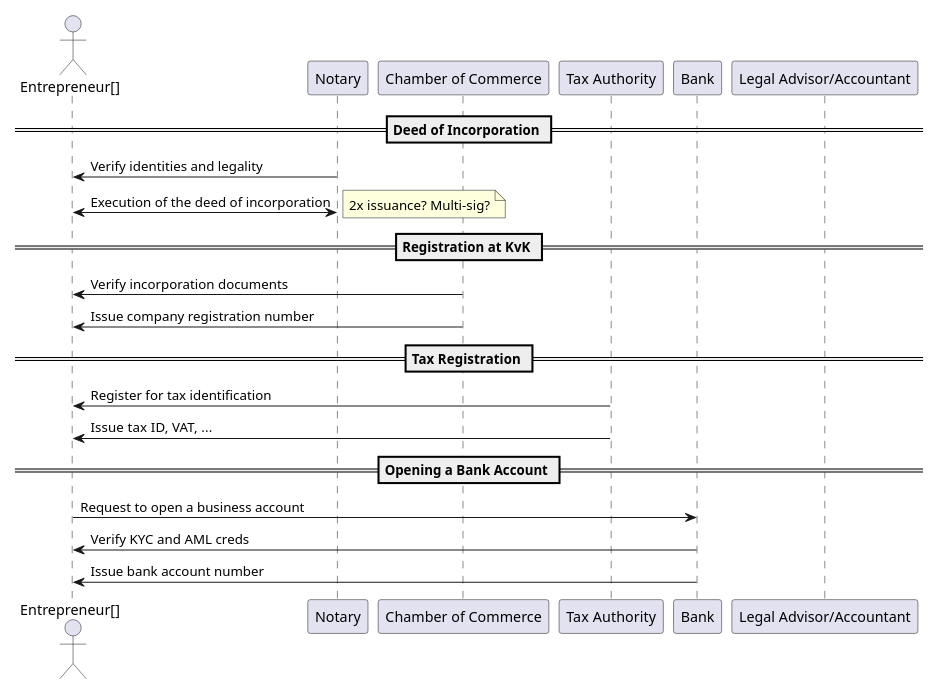
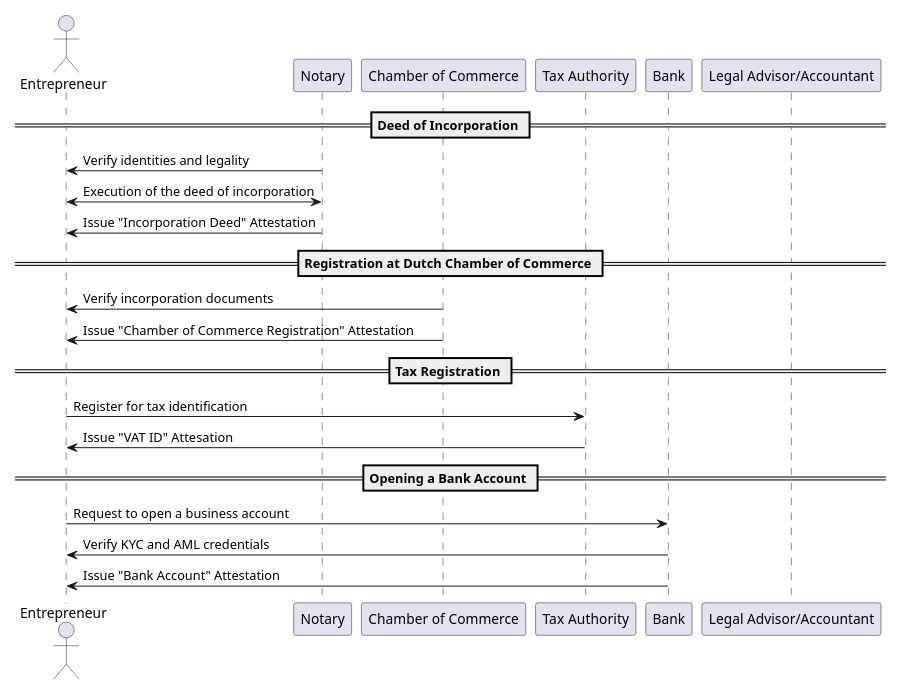
The diagram in diagrams/use-case-sequence.puml (FIDEScommunity/CompanyPassport), drawn with PlantUML before and after one commit. The commit also changed 25 other files, not shown here.

```diff
--- a/diagrams/use-case-sequence.puml
+++ b/diagrams/use-case-sequence.puml
@@ -1,31 +1,29 @@
 @startuml
 scale max 450 height
 skinparam backgroundColor transparent
 
-actor Actor as "Entrepreneur[]"
+actor Actor as "Entrepreneur"
 participant Notary as "Notary"
 participant KvK as "Chamber of Commerce"
 participant TaxAuthority as "Tax Authority"
 participant Bank as "Bank"
 participant LegalAdvisor as "Legal Advisor/Accountant"
 
 == Deed of Incorporation ==
 Notary -> Actor: Verify identities and legality
 Actor <-> Notary: Execution of the deed of incorporation
-note right
-    2x issuance? Multi-sig?
-end note
-== Registration at KvK ==
+Notary -> Actor: Issue "Incorporation Deed" Attestation
+== Registration at Dutch Chamber of Commerce ==
 KvK -> Actor: Verify incorporation documents
-KvK -> Actor: Issue company registration number
+KvK -> Actor: Issue "Chamber of Commerce Registration" Attestation
 
 == Tax Registration ==
-TaxAuthority -> Actor: Register for tax identification
-TaxAuthority -> Actor: Issue tax ID, VAT, ...
+Actor -> TaxAuthority: Register for tax identification
+TaxAuthority -> Actor: Issue "VAT ID" Attesation
 
 == Opening a Bank Account ==
 Actor -> Bank: Request to open a business account
-Bank -> Actor: Verify KYC and AML creds
-Bank -> Actor: Issue bank account number
+Bank -> Actor: Verify KYC and AML credentials
+Bank -> Actor: Issue "Bank Account" Attestation
 
 @enduml
```
